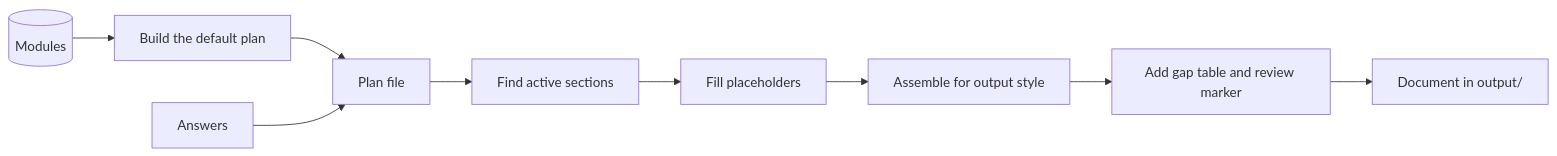
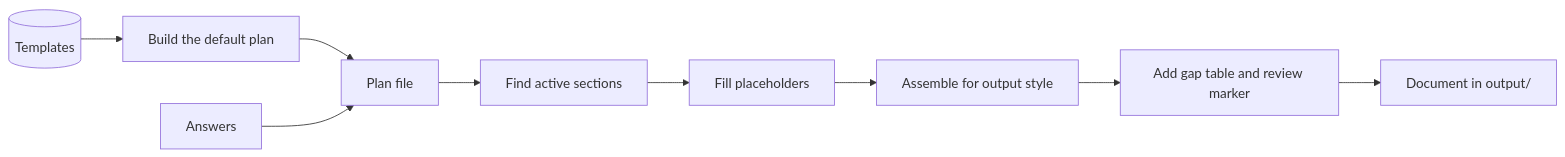
Before and after one commit to 8thlight-daveloper/onboard-kit: the diagram in docs/architecture/data-flow.md, drawn with Mermaid. The commit also changed other lines of this file and 22 other files, not shown here.

````diff
--- a/docs/architecture/data-flow.md
+++ b/docs/architecture/data-flow.md
@@ -7,21 +7,21 @@
 ```mermaid
 flowchart LR
-    modules[("Modules")]
+    templates[("Templates")]
     instantiate["Build the default plan"]
     plan["Plan file"]
     answers["Answers"]
     active["Find active sections"]
     fill["Fill placeholders"]
     assemble["Assemble for output style"]
     mark["Add gap table and review marker"]
     out["Document in output/"]
 
-    modules --> instantiate
+    templates --> instantiate
     instantiate --> plan
     answers --> plan
     plan --> active
     active --> fill
     fill --> assemble
     assemble --> mark
     mark --> out
 ```
````
